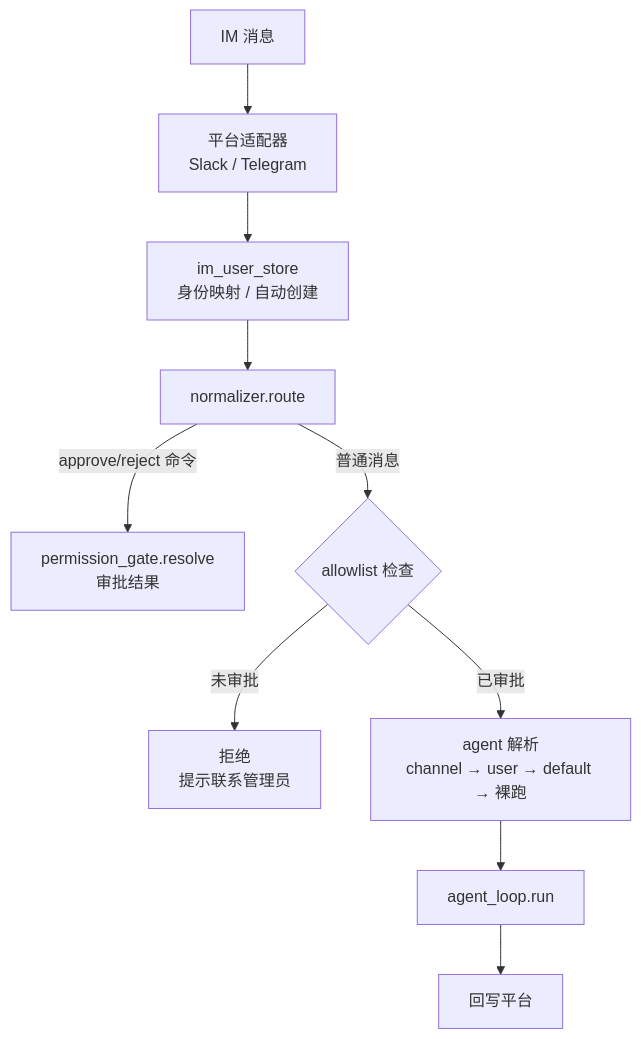
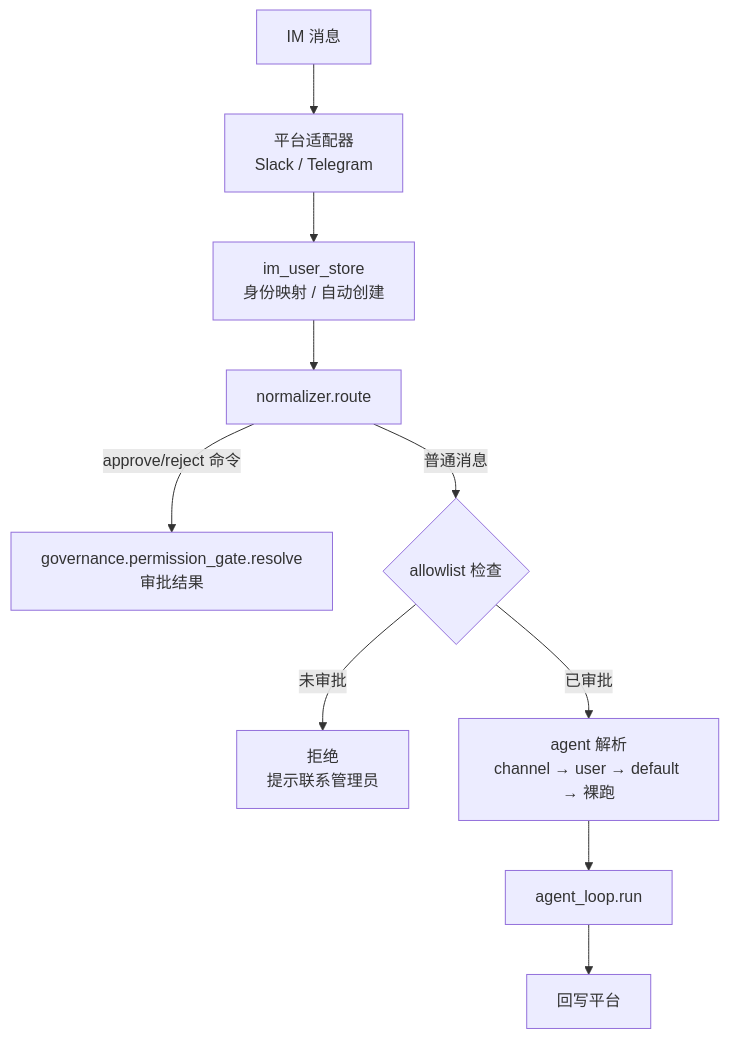
One commit to Summy2104/fleetent changed the third of 5 diagrams in docs/architecture.md. Above: the diagram before and after it, drawn with Mermaid. The commit also changed other lines of this file and 20 other files, not shown here.

````diff
--- a/docs/architecture.md
+++ b/docs/architecture.md
@@ -127,12 +130,12 @@
 ```mermaid
 flowchart TD
     A["IM 消息"] --> B["平台适配器\nSlack / Telegram"]
     B --> C["im_user_store\n身份映射 / 自动创建"]
     C --> D["normalizer.route"]
-    D -->|approve/reject 命令| E["permission_gate.resolve\n审批结果"]
+    D -->|approve/reject 命令| E["governance.permission_gate.resolve\n审批结果"]
     D -->|普通消息| F{"allowlist 检查"}
     F -->|未审批| G["拒绝\n提示联系管理员"]
     F -->|已审批| H["agent 解析\nchannel → user → default → 裸跑"]
     H --> I["agent_loop.run"]
     I --> J["回写平台"]
 ```
````
